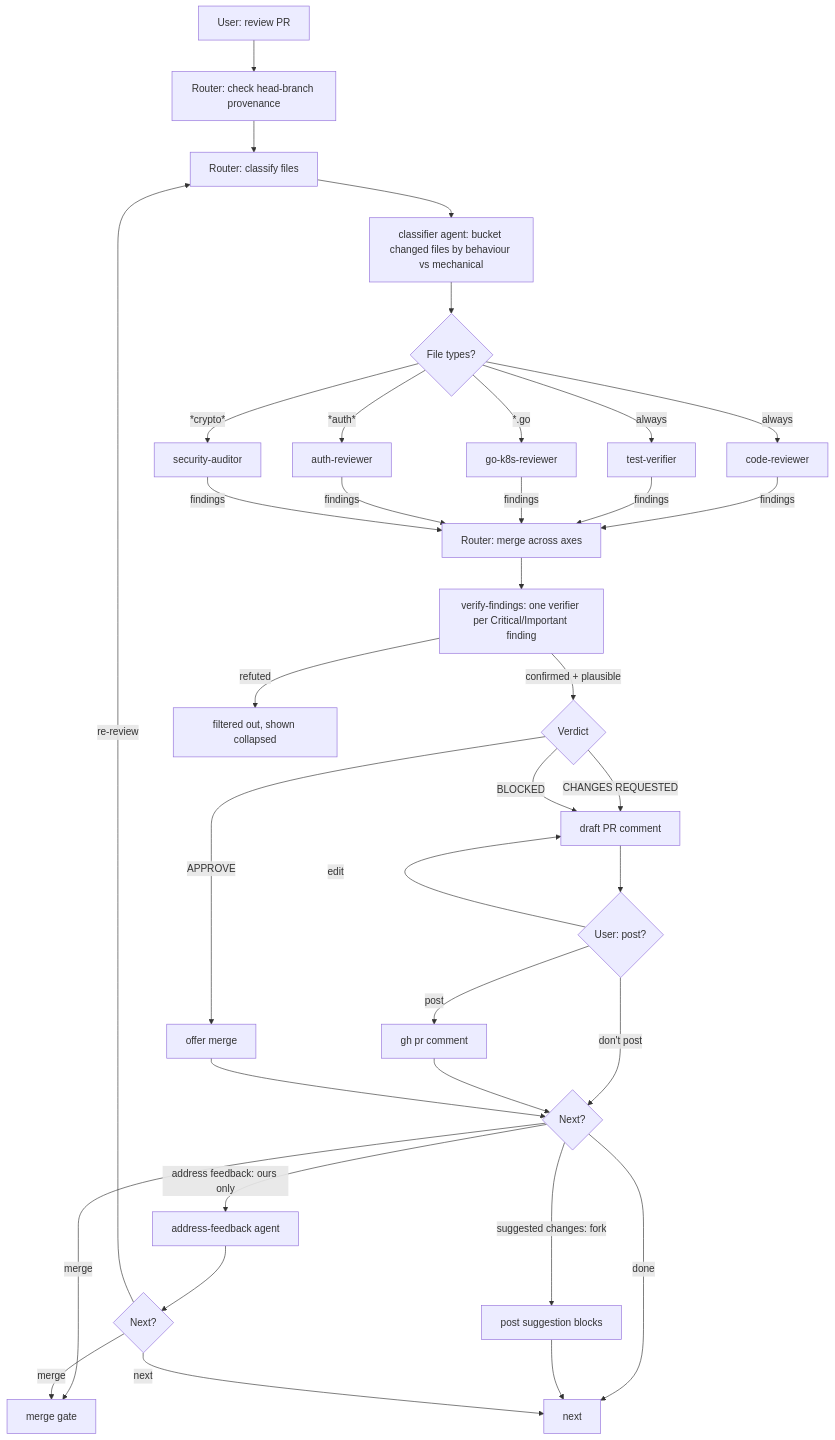
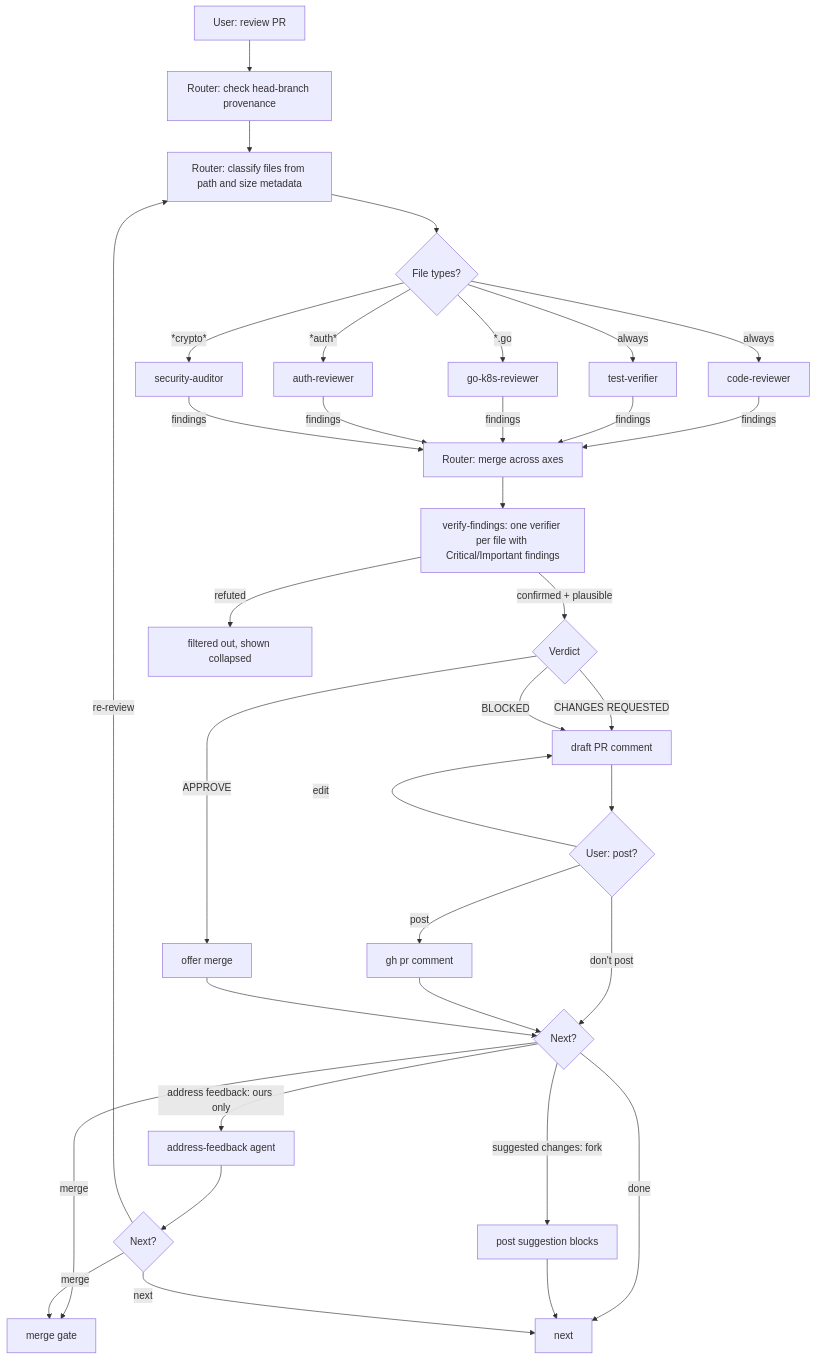
The second of 4 diagrams in README.md (jasonmadigan/clawdio), drawn with Mermaid before and after one commit. The commit also changed other lines of this file and 26 other files, not shown here.

````diff
--- a/README.md
+++ b/README.md
@@ -135,34 +135,33 @@
 ```mermaid
 graph TD
     A[User: review PR] --> A0[Router: check head-branch provenance]
-    A0 --> B[Router: classify files]
-    B --> BB[classifier agent: bucket changed files by behaviour vs mechanical]
-    BB --> C{File types?}
+    A0 --> B[Router: classify files from path and size metadata]
+    B --> C{File types?}
     C -->|always| D[code-reviewer]
     C -->|always| E[test-verifier]
     C -->|*.go| F[go-k8s-reviewer]
     C -->|*auth*| G[auth-reviewer]
     C -->|*crypto*| H[security-auditor]
     D & E & F & G & H -->|findings| I[Router: merge across axes]
-    I --> V[verify-findings: one verifier per Critical/Important finding]
+    I --> V[verify-findings: one verifier per file with Critical/Important findings]
     V -->|confirmed + plausible| J{Verdict}
     V -->|refuted| VF[filtered out, shown collapsed]
     J -->|APPROVE| K[offer merge]
     J -->|CHANGES REQUESTED| L[draft PR comment]
     J -->|BLOCKED| L
     L --> M{User: post?}
     M -->|post| N[gh pr comment]
     M -->|edit| L
     M -->|don't post| O{Next?}
     N --> O
     K --> O
     O -->|address feedback: ours only| P[address-feedback agent]
     O -->|suggested changes: fork| SC[post suggestion blocks]
     O -->|merge| Q[merge gate]
     O -->|done| R[next]
     SC --> R
     P --> S{Next?}
     S -->|re-review| B
     S -->|merge| Q
     S -->|next| R
 ```
````
